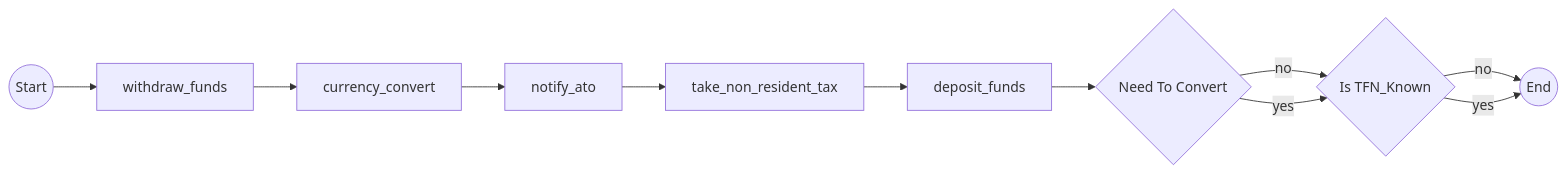
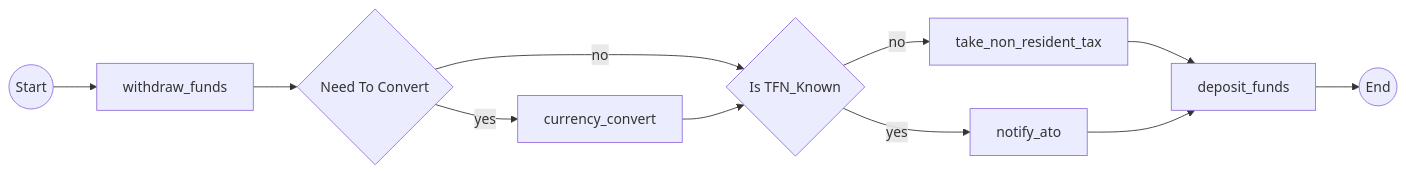
Before and after one commit to LucaDeLeo/temporalio-graphs: the diagram in examples/money_transfer/expected_output.md, drawn with Mermaid. The commit also changed other lines of this file and 35 other files, not shown here.

````diff
--- a/examples/money_transfer/expected_output.md
+++ b/examples/money_transfer/expected_output.md
@@ -33,22 +33,22 @@
 ```mermaid
 flowchart LR
 s((Start))
-1[withdraw_funds]
-2[currency_convert]
-3[notify_ato]
-4[take_non_resident_tax]
-5[deposit_funds]
+currency_convert[currency_convert]
 d0{Need To Convert}
 d1{Is TFN_Known}
+deposit_funds[deposit_funds]
+notify_ato[notify_ato]
+take_non_resident_tax[take_non_resident_tax]
+withdraw_funds[withdraw_funds]
 e((End))
-s --> 1
-1 --> 2
-2 --> 3
-3 --> 4
-4 --> 5
-5 --> d0
+s --> withdraw_funds
+withdraw_funds --> d0
 d0 -- no --> d1
-d1 -- no --> e
-d1 -- yes --> e
-d0 -- yes --> d1
+d1 -- no --> take_non_resident_tax
+take_non_resident_tax --> deposit_funds
+deposit_funds --> e
+d1 -- yes --> notify_ato
+notify_ato --> deposit_funds
+d0 -- yes --> currency_convert
+currency_convert --> d1
 ```
````
